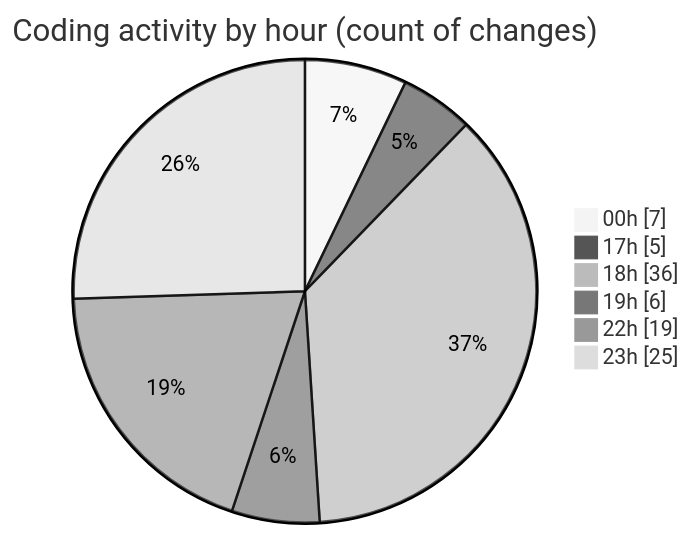
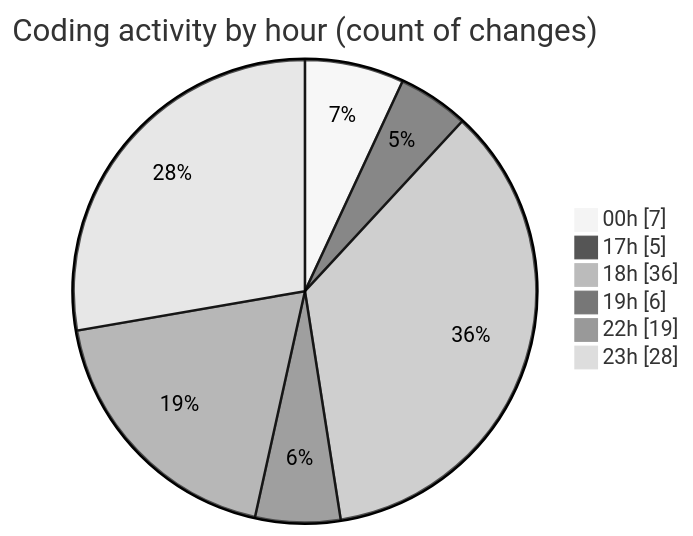
One commit to Elitesun/code-tracking changed the second of 2 diagrams in 2025-05-25/elitesun/README.md. Above: the diagram before and after it, drawn with Mermaid (neutral theme). The commit also changed other lines of this file and 1 other file, not shown here.

````diff
--- a/2025-05-25/elitesun/README.md
+++ b/2025-05-25/elitesun/README.md
@@ -43,10 +43,10 @@
 ```mermaid
 pie showData
 title Coding activity by hour (count of changes)
 "00h" : 7
 "17h" : 5
 "18h" : 36
 "19h" : 6
 "22h" : 19
-"23h" : 25
+"23h" : 28
 ```
````
